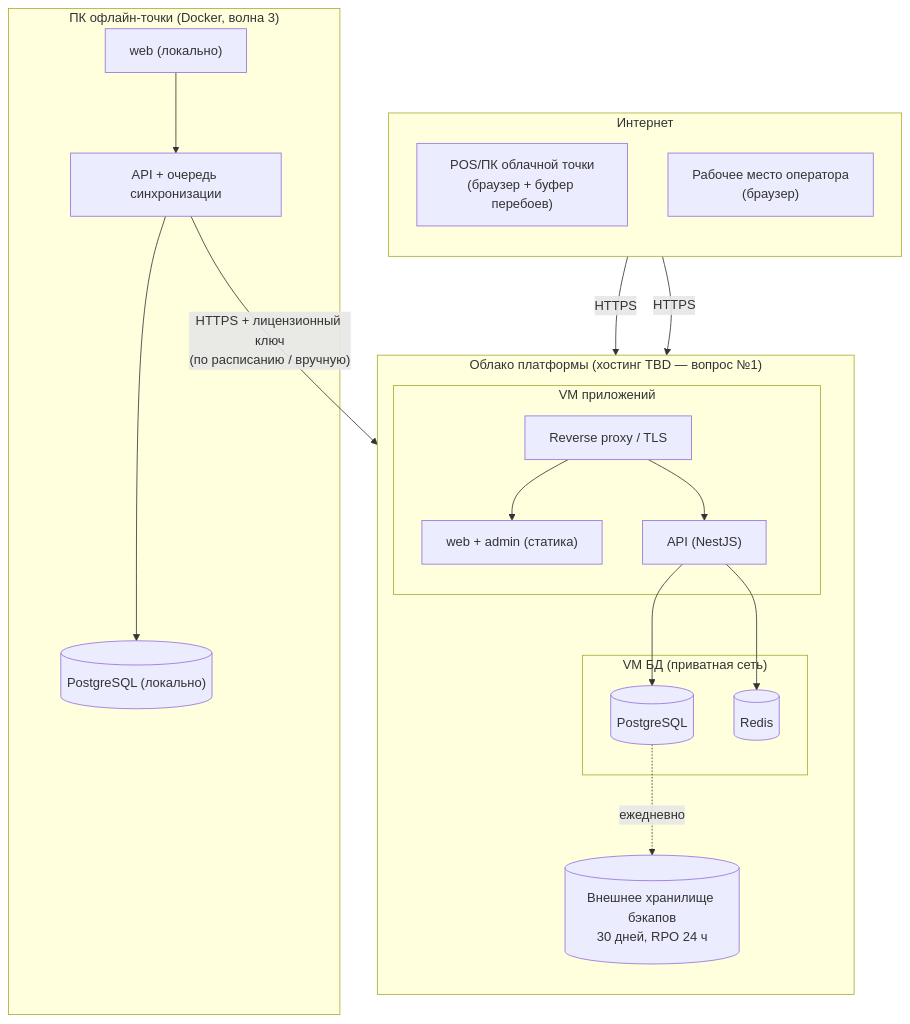
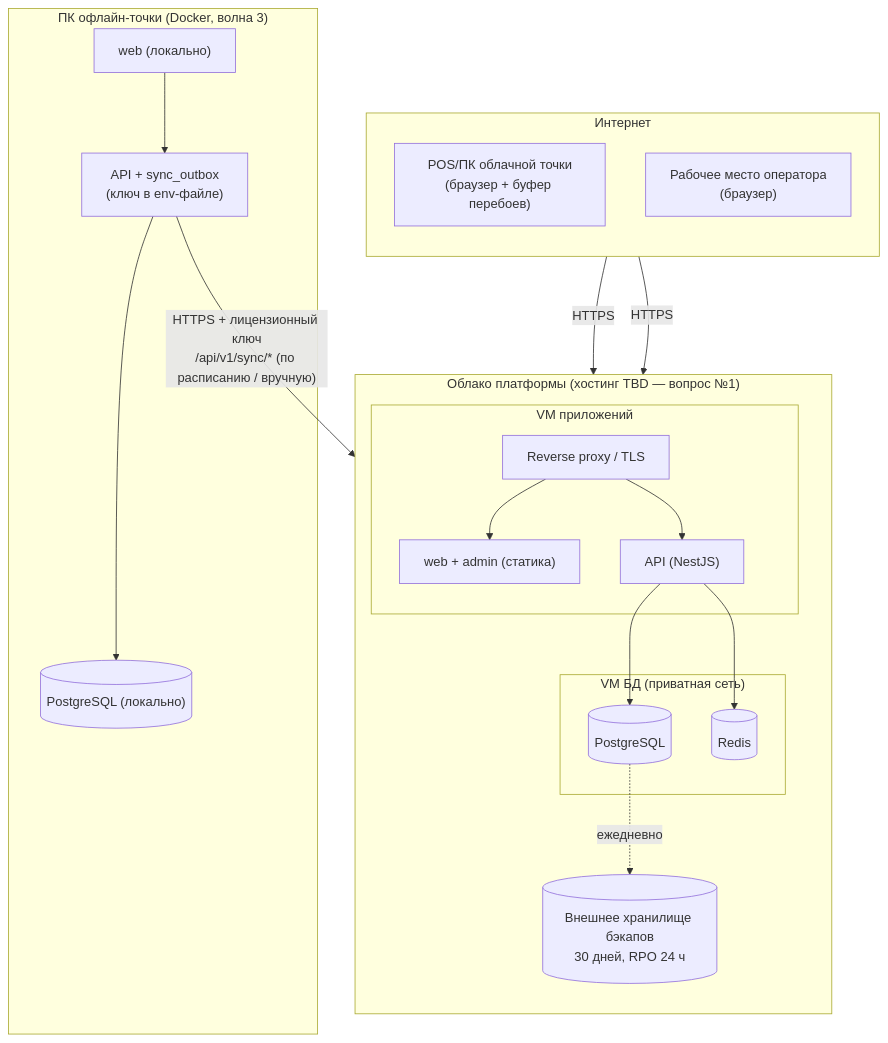
One commit to zohidweb/pharmacy changed the diagram in docs/architecture/c4/deployment.mmd. Above: the diagram before and after it, drawn with Mermaid. The commit also changed 9 other files, not shown here.

```diff
--- a/docs/architecture/c4/deployment.mmd
+++ b/docs/architecture/c4/deployment.mmd
@@ -1,36 +1,36 @@
 flowchart TB
   subgraph internet["Интернет"]
     direction TB
     pos["POS/ПК облачной точки<br/>(браузер + буфер перебоев)"]
     opws["Рабочее место оператора<br/>(браузер)"]
   end
 
   subgraph cloudEnv["Облако платформы (хостинг TBD — вопрос №1)"]
     direction TB
     subgraph vmApp["VM приложений"]
       proxy["Reverse proxy / TLS"]
       api["API (NestJS)"]
       static["web + admin (статика)"]
     end
     subgraph vmDb["VM БД (приватная сеть)"]
       pg[("PostgreSQL")]
       rd[("Redis")]
     end
     backup[("Внешнее хранилище бэкапов<br/>30 дней, RPO 24 ч")]
   end
 
   subgraph pointPc["ПК офлайн-точки (Docker, волна 3)"]
     lweb["web (локально)"]
-    lapi["API + очередь синхронизации"]
+    lapi["API + sync_outbox<br/>(ключ в env-файле)"]
     lpg[("PostgreSQL (локально)")]
   end
 
   pos -- HTTPS --> proxy
   opws -- HTTPS --> proxy
   proxy --> static
   proxy --> api
   api --> pg
   api --> rd
   pg -. ежедневно .-> backup
   lweb --> lapi --> lpg
-  lapi -- "HTTPS + лицензионный ключ<br/>(по расписанию / вручную)" --> proxy
+  lapi -- "HTTPS + лицензионный ключ<br/>/api/v1/sync/* (по расписанию / вручную)" --> proxy
```
